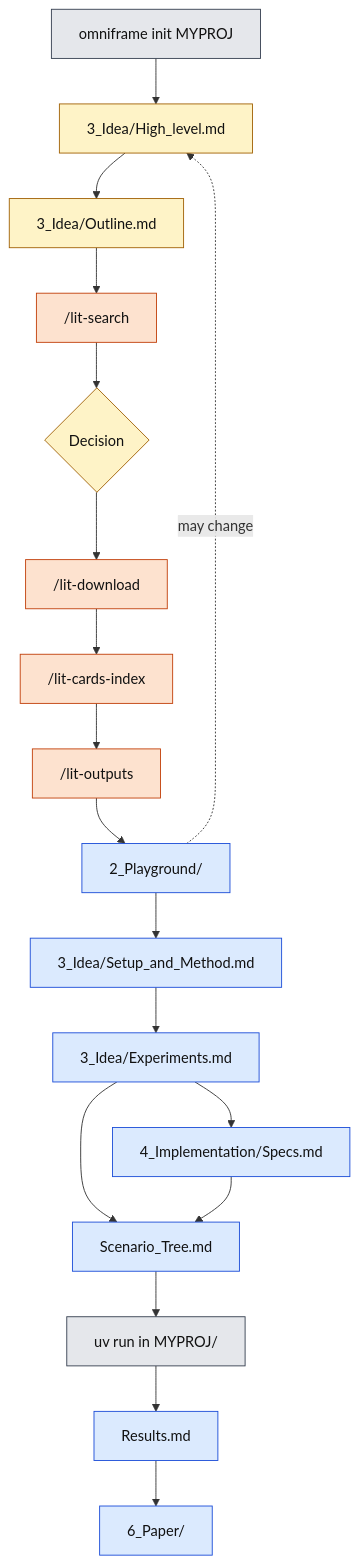
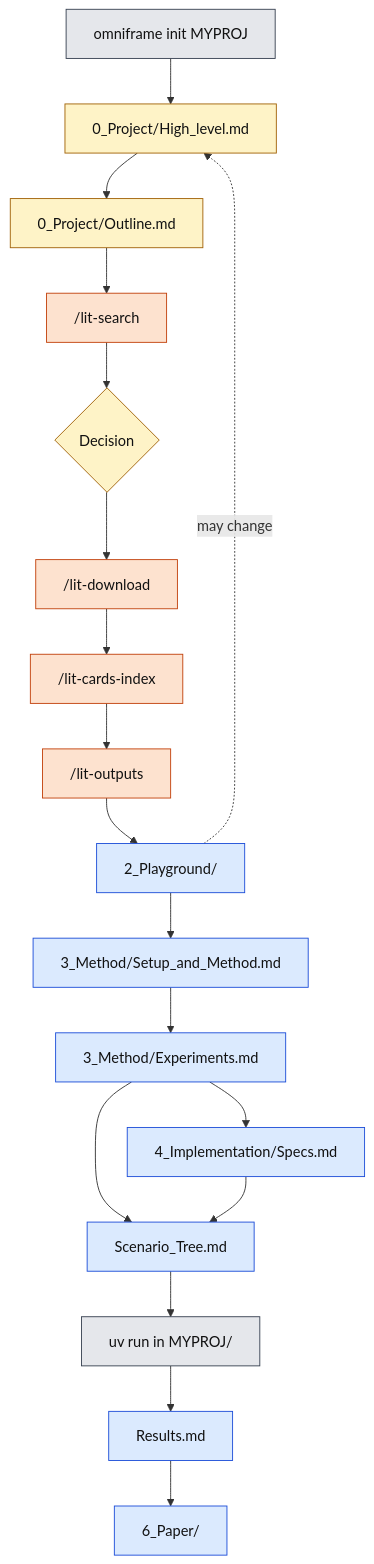
The first of 3 diagrams in GUIDE.md (LeonardoSani/OmniFrame), drawn with Mermaid before and after one commit. The commit also changed other lines of this file and 31 other files, not shown here.

Commit message:
Layout: 0_Project holds High_level, Outline, Where_we_are, Journal; 3_Idea becomes 3_Method, 5_Results_and_Tracking becomes 5_Results

````diff
--- a/GUIDE.md
+++ b/GUIDE.md
@@ -25,31 +25,31 @@
 ```mermaid
 flowchart TD
   classDef shell fill:#e5e7eb,stroke:#374151,color:#111
   classDef claude fill:#fde2cf,stroke:#c2410c,color:#111
   classDef chat fill:#dbeafe,stroke:#1d4ed8,color:#111
   classDef you fill:#fef3c7,stroke:#a16207,color:#111
 
   init["omniframe init MYPROJ"]:::shell
-  hl["3_Idea/High_level.md"]:::you
-  ol["3_Idea/Outline.md"]:::you
+  hl["0_Project/High_level.md"]:::you
+  ol["0_Project/Outline.md"]:::you
   se["/lit-search"]:::claude
   dec{"Decision"}:::you
   dl["/lit-download"]:::claude
   ca["/lit-cards-index"]:::claude
   ou["/lit-outputs"]:::claude
   pg["2_Playground/"]:::chat
-  me["3_Idea/Setup_and_Method.md"]:::chat
-  ex["3_Idea/Experiments.md"]:::chat
+  me["3_Method/Setup_and_Method.md"]:::chat
+  ex["3_Method/Experiments.md"]:::chat
   spec["4_Implementation/Specs.md"]:::chat
   tree["Scenario_Tree.md"]:::chat
   run["uv run in MYPROJ/"]:::shell
   res["Results.md"]:::chat
   paper["6_Paper/"]:::chat
 
   init --> hl --> ol --> se --> dec --> dl --> ca --> ou --> pg --> me --> ex
   ex --> spec
   pg -.->|"may change"| hl
   ex --> tree
   spec --> tree
   tree --> run --> res --> paper
 ```
````
